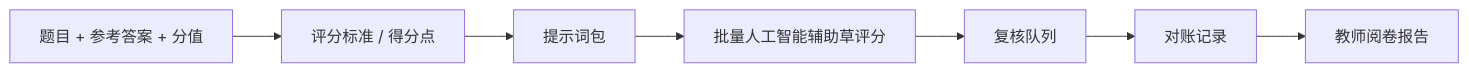
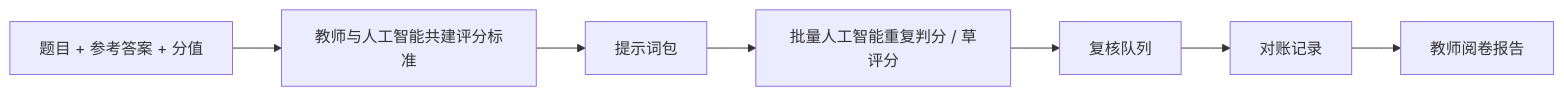
One commit to zonywei/Yuejuan-marking-workflow-skill changed the first of 2 diagrams in README.md. Above: the diagram before and after it, drawn with Mermaid. The commit also changed other lines of this file and 6 other files, not shown here.

````diff
--- a/README.md
+++ b/README.md
@@ -23,9 +23,9 @@
 ```mermaid
 flowchart LR
-    A[题目 + 参考答案 + 分值] --> B[评分标准 / 得分点]
+    A[题目 + 参考答案 + 分值] --> B[教师与人工智能共建评分标准]
     B --> C[提示词包]
-    C --> D[批量人工智能辅助草评分]
+    C --> D[批量人工智能重复判分 / 草评分]
     D --> E[复核队列]
     E --> F[对账记录]
     F --> G[教师阅卷报告]
 ```
````
